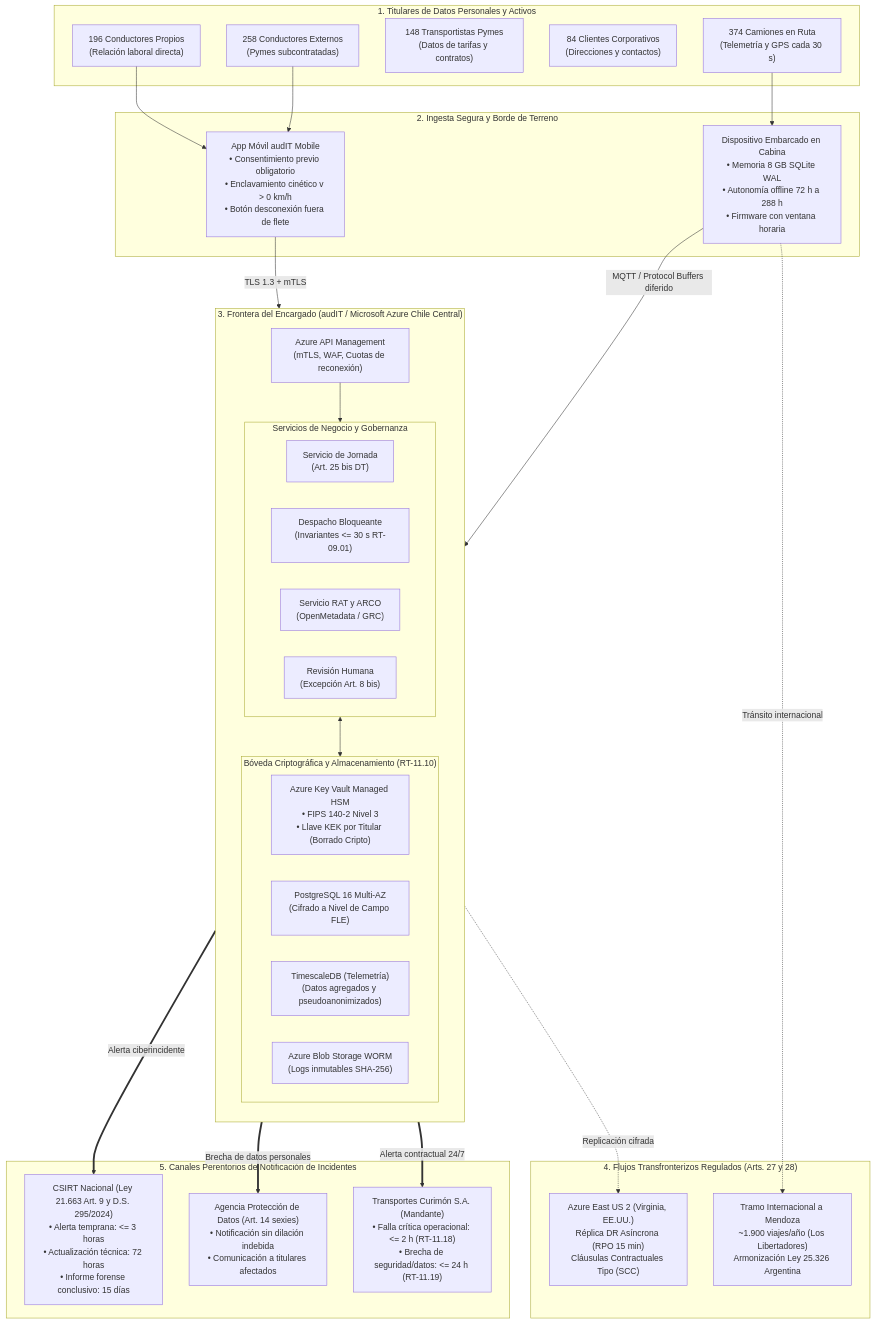
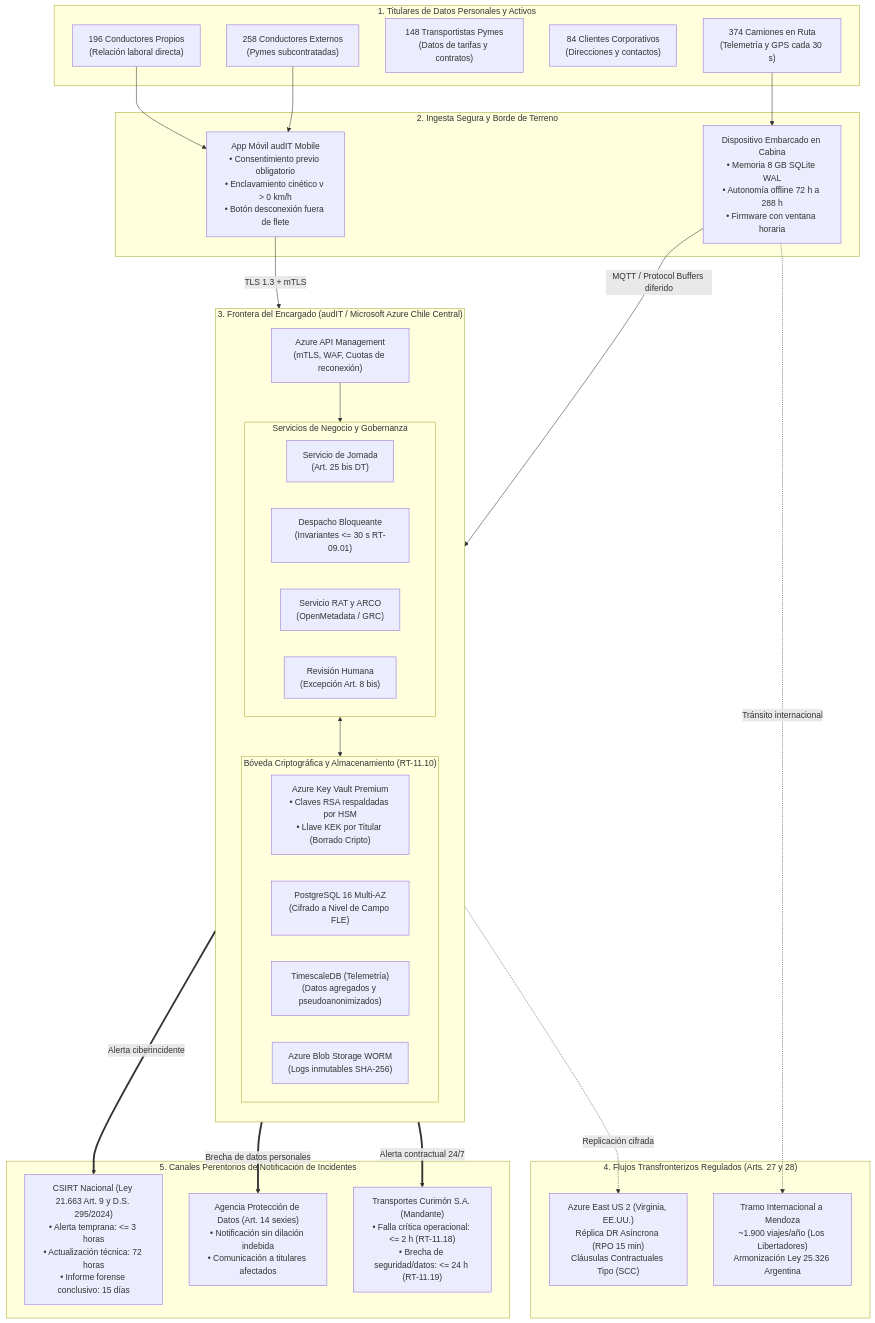
One commit to mvergaral/audIT changed the diagram in Investigacion/Persona-5/Entregables/Entregable_1_Arquitectura_Cumplimiento.md. Above: the diagram before and after it, drawn with Mermaid. The commit also changed other lines of this file and 5 other files, not shown here.

````diff
--- a/Investigacion/Persona-5/Entregables/Entregable_1_Arquitectura_Cumplimiento.md
+++ b/Investigacion/Persona-5/Entregables/Entregable_1_Arquitectura_Cumplimiento.md
@@ -23,62 +23,62 @@
 ```mermaid
 flowchart TB
     subgraph TITULARES["1. Titulares de Datos Personales y Activos"]
         CP["196 Conductores Propios<br>(Relación laboral directa)"]
         CE["258 Conductores Externos<br>(Pymes subcontratadas)"]
         TP["148 Transportistas Pymes<br>(Datos de tarifas y contratos)"]
         CL["84 Clientes Corporativos<br>(Direcciones y contactos)"]
         CAM["374 Camiones en Ruta<br>(Telemetría y GPS cada 30 s)"]
     end
 
     subgraph BORDE["2. Ingesta Segura y Borde de Terreno"]
         APP["App Móvil audIT Mobile<br>• Consentimiento previo obligatorio<br>• Enclavamiento cinético v > 0 km/h<br>• Botón desconexión fuera de flete"]
         DISP["Dispositivo Embarcado en Cabina<br>• Memoria 8 GB SQLite WAL<br>• Autonomía offline 72 h a 288 h<br>• Firmware con ventana horaria"]
     end
 
     subgraph ENCARGADO["3. Frontera del Encargado (audIT / Microsoft Azure Chile Central)"]
         direction TB
         APIM["Azure API Management<br>(mTLS, WAF, Cuotas de reconexión)"]
         
         subgraph LOGICA["Servicios de Negocio y Gobernanza"]
             JORN["Servicio de Jornada<br>(Art. 25 bis DT)"]
             DESP["Despacho Bloqueante<br>(Invariantes <= 30 s RT-09.01)"]
             RAT_SRV["Servicio RAT y ARCO<br>(OpenMetadata / GRC)"]
             REV_HUM["Revisión Humana<br>(Excepción Art. 8 bis)"]
         end
 
         subgraph CRIPTO["Bóveda Criptográfica y Almacenamiento (RT-11.10)"]
-            KMS["Azure Key Vault Managed HSM<br>• FIPS 140-2 Nivel 3<br>• Llave KEK por Titular (Borrado Cripto)"]
+            KMS["Azure Key Vault Premium<br>• Claves RSA respaldadas por HSM<br>• Llave KEK por Titular (Borrado Cripto)"]
             BD_TRANS["PostgreSQL 16 Multi-AZ<br>(Cifrado a Nivel de Campo FLE)"]
             BD_TIME["TimescaleDB (Telemetría)<br>(Datos agregados y pseudoanonimizados)"]
             WORM["Azure Blob Storage WORM<br>(Logs inmutables SHA-256)"]
         end
     end
 
     subgraph TRANSFRONTERIZO["4. Flujos Transfronterizos Regulados (Arts. 27 y 28)"]
         AZ_US["Azure East US 2 (Virginia, EE.UU.)<br>Réplica DR Asíncrona (RPO 15 min)<br>Cláusulas Contractuales Tipo (SCC)"]
         MZA["Tramo Internacional a Mendoza<br>~1.900 viajes/año (Los Libertadores)<br>Armonización Ley 25.326 Argentina"]
     end
 
     subgraph AUTORIDADES["5. Canales Perentorios de Notificación de Incidentes"]
         CSIRT["CSIRT Nacional (Ley 21.663 Art. 9 y D.S. 295/2024)<br>• Alerta temprana: <= 3 horas<br>• Actualización técnica: 72 horas<br>• Informe forense conclusivo: 15 días"]
         APDP["Agencia Protección de Datos (Art. 14 sexies)<br>• Notificación sin dilación indebida<br>• Comunicación a titulares afectados"]
         CUR_NOTIF["Transportes Curimón S.A. (Mandante)<br>• Falla crítica operacional: <= 2 h (RT-11.18)<br>• Brecha de seguridad/datos: <= 24 h (RT-11.19)"]
     end
 
     CP --> APP
     CE --> APP
     CAM --> DISP
     
     APP -->|TLS 1.3 + mTLS| APIM
     DISP -->|MQTT / Protocol Buffers diferido| APIM
     
     APIM --> LOGICA
     LOGICA <--> CRIPTO
     
     CRIPTO -.->|Replicación cifrada| AZ_US
     DISP -.->|Tránsito internacional| MZA
     
     ENCARGADO ==>|Alerta ciberincidente| CSIRT
     ENCARGADO ==>|Brecha de datos personales| APDP
     ENCARGADO ==>|Alerta contractual 24/7| CUR_NOTIF
 ```
````
